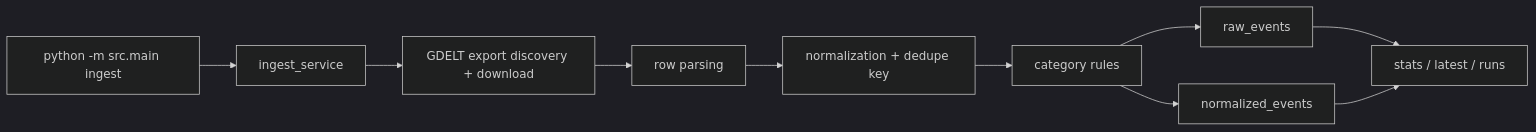
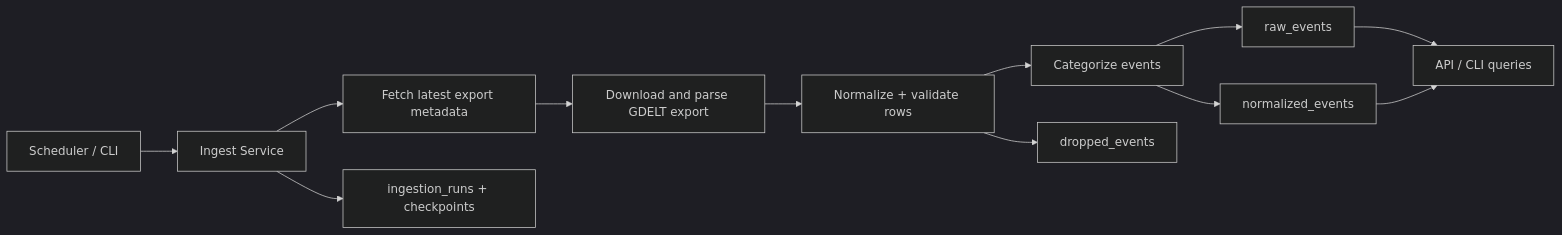
The diagram in README.md (fegalvan/Global-News-Monitor), drawn with Mermaid (dark theme) before and after one commit. The commit also changed other lines of this file, not shown here.

````diff
--- a/README.md
+++ b/README.md
@@ -44,12 +34,14 @@
 ```mermaid
 flowchart LR
-    A["python -m src.main ingest"] --> B["ingest_service"]
-    B --> C["GDELT export discovery + download"]
-    C --> D["row parsing"]
-    D --> E["normalization + dedupe key"]
-    E --> F["category rules"]
+    A["Scheduler / CLI"] --> B["Ingest Service"]
+    B --> C["Fetch latest export metadata"]
+    C --> D["Download and parse GDELT export"]
+    D --> E["Normalize + validate rows"]
+    E --> F["Categorize events"]
     F --> G["raw_events"]
     F --> H["normalized_events"]
-    G --> I["stats / latest / runs"]
-    H --> I
+    E --> I["dropped_events"]
+    G --> J["API / CLI queries"]
+    H --> J
+    B --> K["ingestion_runs + checkpoints"]
 ```
````
